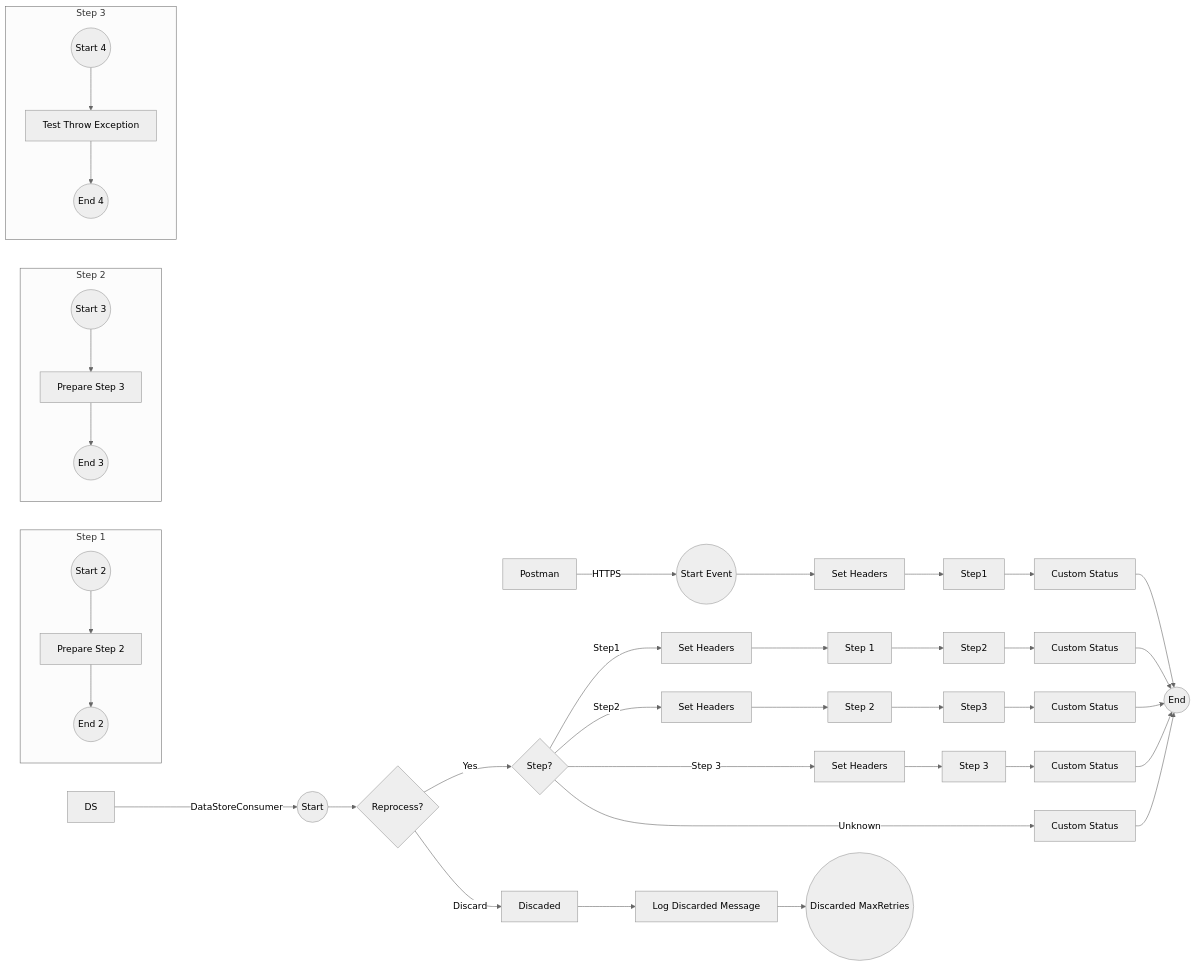
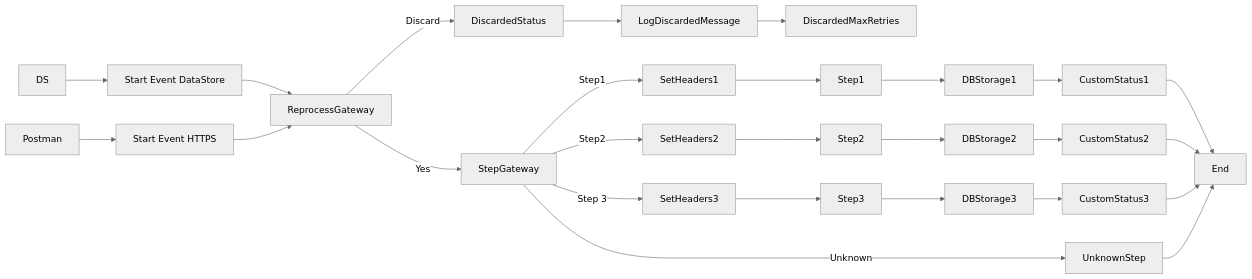
Before and after one commit to Avvale-IA-CICD/AvvaleCPI: the diagram in MMZ - Cell Iflows/SEDA_Model_-_Single_DS_-_Restart_and_Discard_MMZ-1.0.0/readme.md, drawn with Mermaid (neutral theme). The commit also changed other lines of this file, not shown here.

Commit message:
Add/update documentation for SEDA_Model_-_Single_DS_-_Restart_and_Discard_MMZ v1.0.0

````diff
--- a/MMZ - Cell Iflows/SEDA_Model_-_Single_DS_-_Restart_and_Discard_MMZ-1.0.0/readme.md
+++ b/MMZ - Cell Iflows/SEDA_Model_-_Single_DS_-_Restart_and_Discard_MMZ-1.0.0/readme.md
@@ -4,54 +4,28 @@
 ```mermaid
-flowchart LR
-    Postman[Postman]
-    DS[DS]
-
-    Postman -- HTTPS --> StartEvent_12079784((Start Event))
-    DS -- DataStoreConsumer --> StartEvent_2((Start))
-
-    StartEvent_12079784 --> SetHeaders0[Set Headers]
-    StartEvent_2 --> Reprocess{Reprocess?}
-    Reprocess -- Yes --> StepGateway{Step?}
-    Reprocess -- Discard --> Discarded[Discaded]
-    Discarded --> LogDiscarded[Log Discarded Message]
-    LogDiscarded --> DiscardedMaxRetries((Discarded MaxRetries))
-
-    StepGateway -- Step1 --> SetHeaders1[Set Headers]
-    StepGateway -- Step2 --> SetHeaders2[Set Headers]
-    StepGateway -- Step 3 --> SetHeaders3[Set Headers]
-    StepGateway -- Unknown --> UnknownStep[Custom Status]
-    UnknownStep --> End((End))
-
-    SetHeaders0 --> Step1_DS[Step1]
-    Step1_DS --> CustomStatus0[Custom Status]
-    CustomStatus0 --> End
-
-    SetHeaders1 --> Step1[Step 1]
-    Step1 --> Step2_DS[Step2]
-    Step2_DS --> CustomStatus1[Custom Status]
+graph LR
+    Postman --> HTTPS[Start Event HTTPS]
+    DS --> DataStoreConsumer[Start Event DataStore]
+    DataStoreConsumer --> ReprocessGateway
+    HTTPS --> ReprocessGateway
+    ReprocessGateway -- Yes --> StepGateway
+    ReprocessGateway -- Discard --> DiscardedStatus
+    DiscardedStatus --> LogDiscardedMessage
+    LogDiscardedMessage --> DiscardedMaxRetries
+    StepGateway -- Step1 --> SetHeaders1
+    StepGateway -- Step2 --> SetHeaders2
+    StepGateway -- Step 3 --> SetHeaders3
+    StepGateway -- Unknown --> UnknownStep
+    SetHeaders1 --> Step1
+    SetHeaders2 --> Step2
+    SetHeaders3 --> Step3
+    Step1 --> DBStorage1
+    Step2 --> DBStorage2
+    Step3 --> DBStorage3
+    DBStorage1 --> CustomStatus1
+    DBStorage2 --> CustomStatus2
+    DBStorage3 --> CustomStatus3
     CustomStatus1 --> End
-
-    SetHeaders2 --> Step2[Step 2]
-    Step2 --> Step3_DS[Step3]
-    Step3_DS --> CustomStatus2[Custom Status]
     CustomStatus2 --> End
-
-    SetHeaders3 --> Step3[Step 3]
-    Step3 --> CustomStatus3[Custom Status]
     CustomStatus3 --> End
-
-    subgraph Step1Process [Step 1]
-        StartEvent_37((Start 2)) --> PrepareStep2[Prepare Step 2]
-        PrepareStep2 --> EndEvent_38((End 2))
-    end
-
-    subgraph Step2Process [Step 2]
-        StartEvent_41((Start 3)) --> PrepareStep3[Prepare Step 3]
-        PrepareStep3 --> EndEvent_42((End 3))
-    end
-
-    subgraph Step3Process [Step 3]
-        StartEvent_45((Start 4)) --> TestThrowException[Test Throw Exception]
-        TestThrowException --> EndEvent_46((End 4))
-    end
+    UnknownStep --> End
 ```
````
